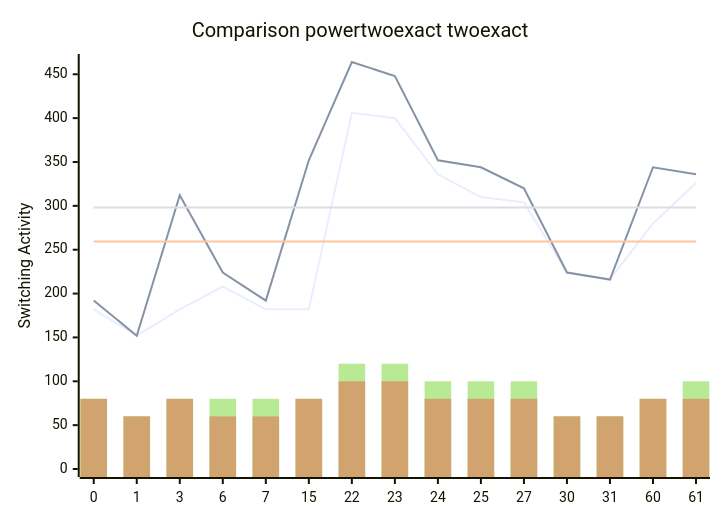
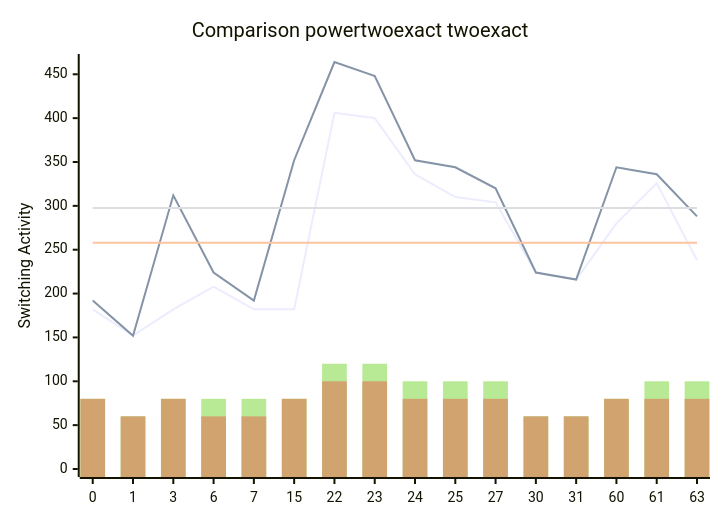
One commit to FeldmeierMichael/Exact-Power-Synthesis changed the diagram in benchmark_opt.md. Above: the diagram before and after it, drawn with Mermaid. The commit also changed other lines of this file, not shown here.

````diff
--- a/benchmark_opt.md
+++ b/benchmark_opt.md
@@ -35,12 +37,12 @@
 ```mermaid
 xychart-beta
     title "Comparison powertwoexact twoexact"
-    x-axis [0, 1, 3, 6, 7, 15, 22, 23, 24, 25, 27, 30, 31, 60, 61]
+    x-axis [0, 1, 3, 6, 7, 15, 22, 23, 24, 25, 27, 30, 31, 60, 61, 63]
     y-axis "Switching Activity" 0-->464
-    line [182, 152, 182, 208, 182, 182, 406, 400, 336, 310, 304, 224, 216, 280, 326]
-    line [192, 152, 312, 224, 192, 352, 464, 448, 352, 344, 320, 224, 216, 344, 336]
-    line [259.3333333333333, 259.3333333333333, 259.3333333333333, 259.3333333333333, 259.3333333333333, 259.3333333333333, 259.3333333333333, 259.3333333333333, 259.3333333333333, 259.3333333333333, 259.3333333333333, 259.3333333333333, 259.3333333333333, 259.3333333333333, 259.3333333333333]
-    line [298.1333333333333, 298.1333333333333, 298.1333333333333, 298.1333333333333, 298.1333333333333, 298.1333333333333, 298.1333333333333, 298.1333333333333, 298.1333333333333, 298.1333333333333, 298.1333333333333, 298.1333333333333, 298.1333333333333, 298.1333333333333, 298.1333333333333]
-    bar [80, 60, 80, 80, 80, 80, 120, 120, 100, 100, 100, 60, 60, 80, 100]
-    bar [80, 60, 80, 60, 60, 80, 100, 100, 80, 80, 80, 60, 60, 80, 80]
+    line [182, 152, 182, 208, 182, 182, 406, 400, 336, 310, 304, 224, 216, 280, 326, 238]
+    line [192, 152, 312, 224, 192, 352, 464, 448, 352, 344, 320, 224, 216, 344, 336, 288]
+    line [258.0, 258.0, 258.0, 258.0, 258.0, 258.0, 258.0, 258.0, 258.0, 258.0, 258.0, 258.0, 258.0, 258.0, 258.0, 258.0]
+    line [297.5, 297.5, 297.5, 297.5, 297.5, 297.5, 297.5, 297.5, 297.5, 297.5, 297.5, 297.5, 297.5, 297.5, 297.5, 297.5]
+    bar [80, 60, 80, 80, 80, 80, 120, 120, 100, 100, 100, 60, 60, 80, 100, 100]
+    bar [80, 60, 80, 60, 60, 80, 100, 100, 80, 80, 80, 60, 60, 80, 80, 80]
 ```
````
